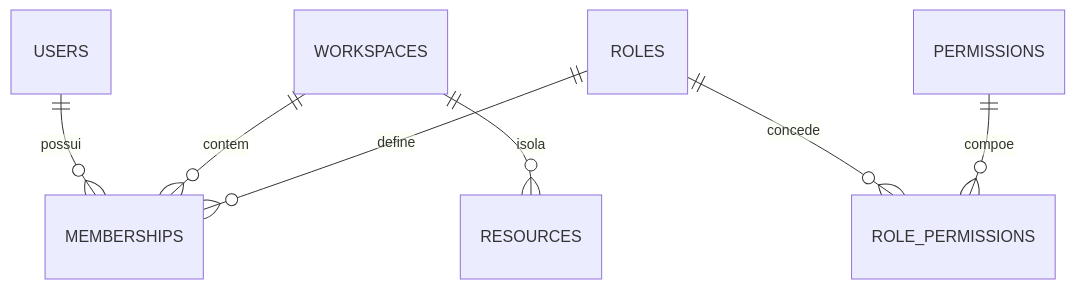
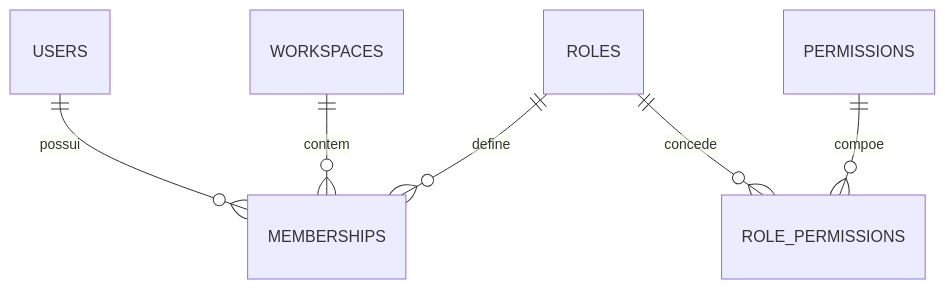
One commit to GustavoGuerato/workspace_auth changed the first of 3 diagrams in README.MD. Above: the diagram before and after it, drawn with Mermaid. The commit also changed other lines of this file and 2 other files, not shown here.

````diff
--- a/README.MD
+++ b/README.MD
@@ -74,9 +81,8 @@
 ```mermaid
 erDiagram
     USERS ||--o{ MEMBERSHIPS : possui
     WORKSPACES ||--o{ MEMBERSHIPS : contem
     ROLES ||--o{ MEMBERSHIPS : define
     ROLES ||--o{ ROLE_PERMISSIONS : concede
     PERMISSIONS ||--o{ ROLE_PERMISSIONS : compoe
-    WORKSPACES ||--o{ RESOURCES : isola
 ```
````
